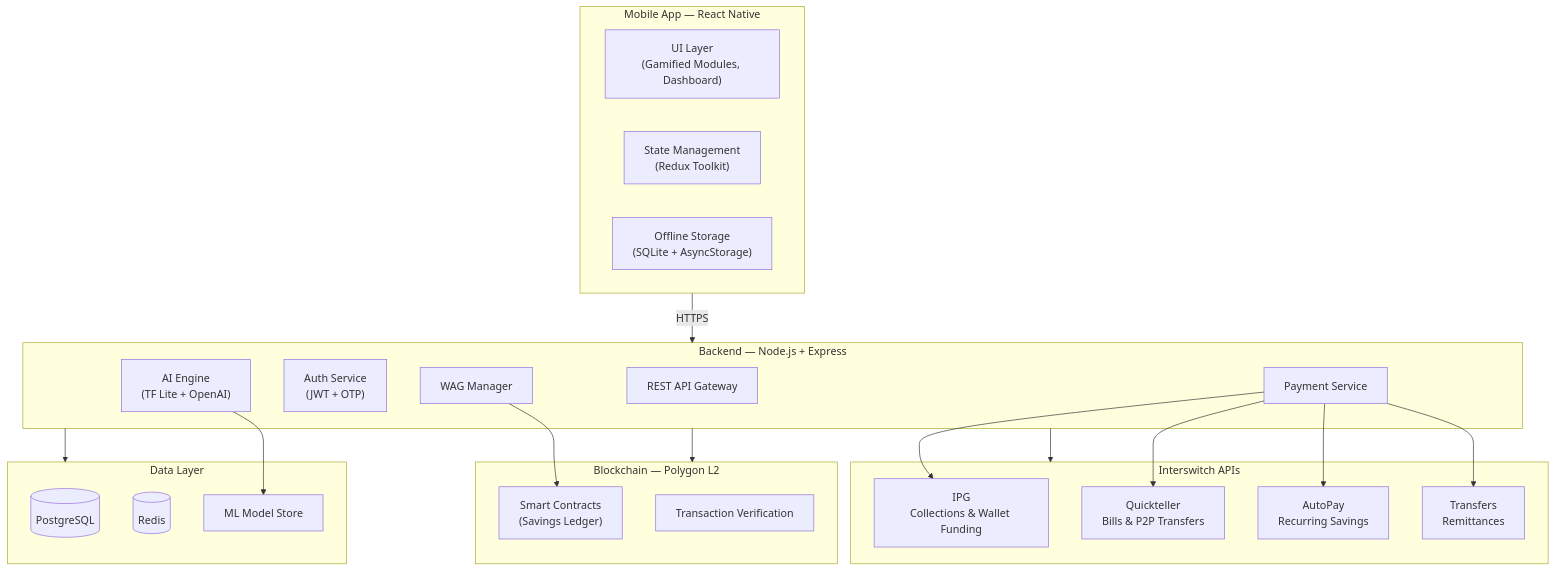
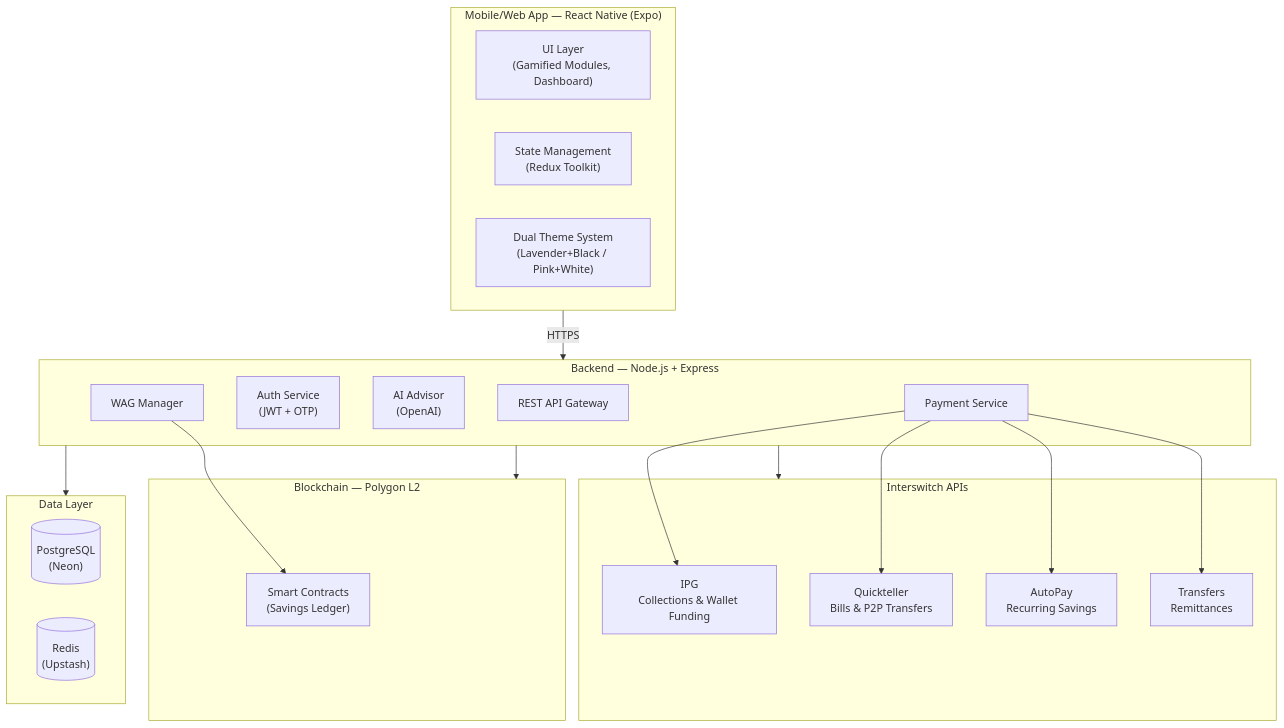
Before and after one commit to Sage-senpai/interswitch-2026: the diagram in README.md, drawn with Mermaid. The commit also changed other lines of this file, not shown here.

````diff
--- a/README.md
+++ b/README.md
@@ -99,45 +132,42 @@
 ```mermaid
 graph TB
-    subgraph Client["Mobile App — React Native"]
+    subgraph Client["Mobile/Web App — React Native (Expo)"]
         UI["UI Layer<br/>(Gamified Modules, Dashboard)"]
         State["State Management<br/>(Redux Toolkit)"]
-        Offline["Offline Storage<br/>(SQLite + AsyncStorage)"]
+        Themes["Dual Theme System<br/>(Lavender+Black / Pink+White)"]
     end
 
     subgraph Backend["Backend — Node.js + Express"]
         API["REST API Gateway"]
         Auth["Auth Service<br/>(JWT + OTP)"]
-        AIEngine["AI Engine<br/>(TF Lite + OpenAI)"]
+        AIEngine["AI Advisor<br/>(OpenAI)"]
         PayService["Payment Service"]
         WAGService["WAG Manager"]
     end
 
     subgraph ISW["Interswitch APIs"]
         IPG["IPG<br/>Collections & Wallet Funding"]
         QT["Quickteller<br/>Bills & P2P Transfers"]
         AP["AutoPay<br/>Recurring Savings"]
         TF["Transfers<br/>Remittances"]
     end
 
     subgraph Chain["Blockchain — Polygon L2"]
         SC["Smart Contracts<br/>(Savings Ledger)"]
-        Verify["Transaction Verification"]
     end
 
     subgraph Data["Data Layer"]
-        DB[("PostgreSQL")]
-        Cache[("Redis")]
-        ML["ML Model Store"]
+        DB[("PostgreSQL<br/>(Neon)")]
+        Cache[("Redis<br/>(Upstash)")]
     end
 
     Client -->|HTTPS| Backend
     Backend --> ISW
     Backend --> Chain
     Backend --> Data
     PayService --> IPG
     PayService --> QT
     PayService --> AP
     PayService --> TF
     WAGService --> SC
-    AIEngine --> ML
 ```
````
